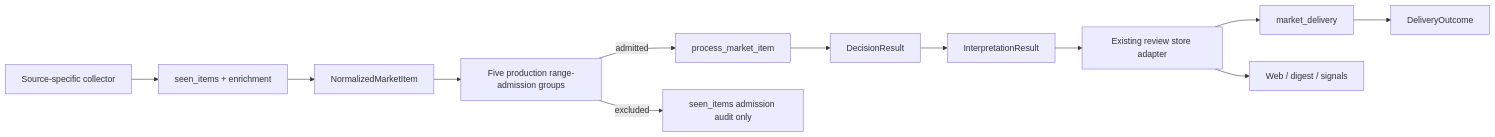
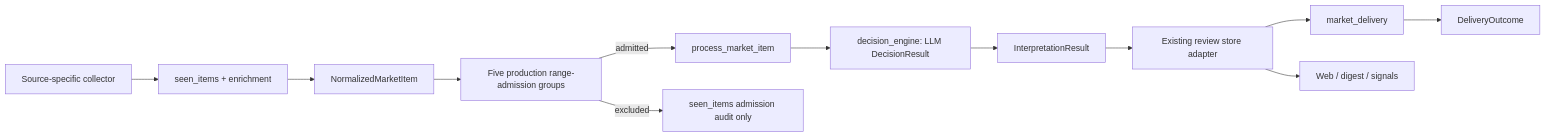
One commit to Stayfoool/MarketPulseWire changed the diagram in docs/architecture-flow.md. Above: the diagram before and after it, drawn with Mermaid. The commit also changed other lines of this file and 31 other files, not shown here.

Commit message:
Make LLM the production decision authority (#214)

````diff
--- a/docs/architecture-flow.md
+++ b/docs/architecture-flow.md
@@ -23,14 +23,14 @@
 ```mermaid
 flowchart LR
     Source["Source-specific collector"] --> Enrichment["seen_items + enrichment"]
     Enrichment --> Item["NormalizedMarketItem"]
     Item --> Admission["Five production range-admission groups"]
     Admission -->|admitted| Runtime["process_market_item"]
     Admission -->|excluded| Seen["seen_items admission audit only"]
-    Runtime --> Decision["DecisionResult"]
+    Runtime --> Decision["decision_engine: LLM DecisionResult"]
     Decision --> Interpretation["InterpretationResult"]
     Interpretation --> Store["Existing review store adapter"]
     Store --> Delivery["market_delivery"]
     Store --> View["Web / digest / signals"]
     Delivery --> Outcome["DeliveryOutcome"]
 ```
````
